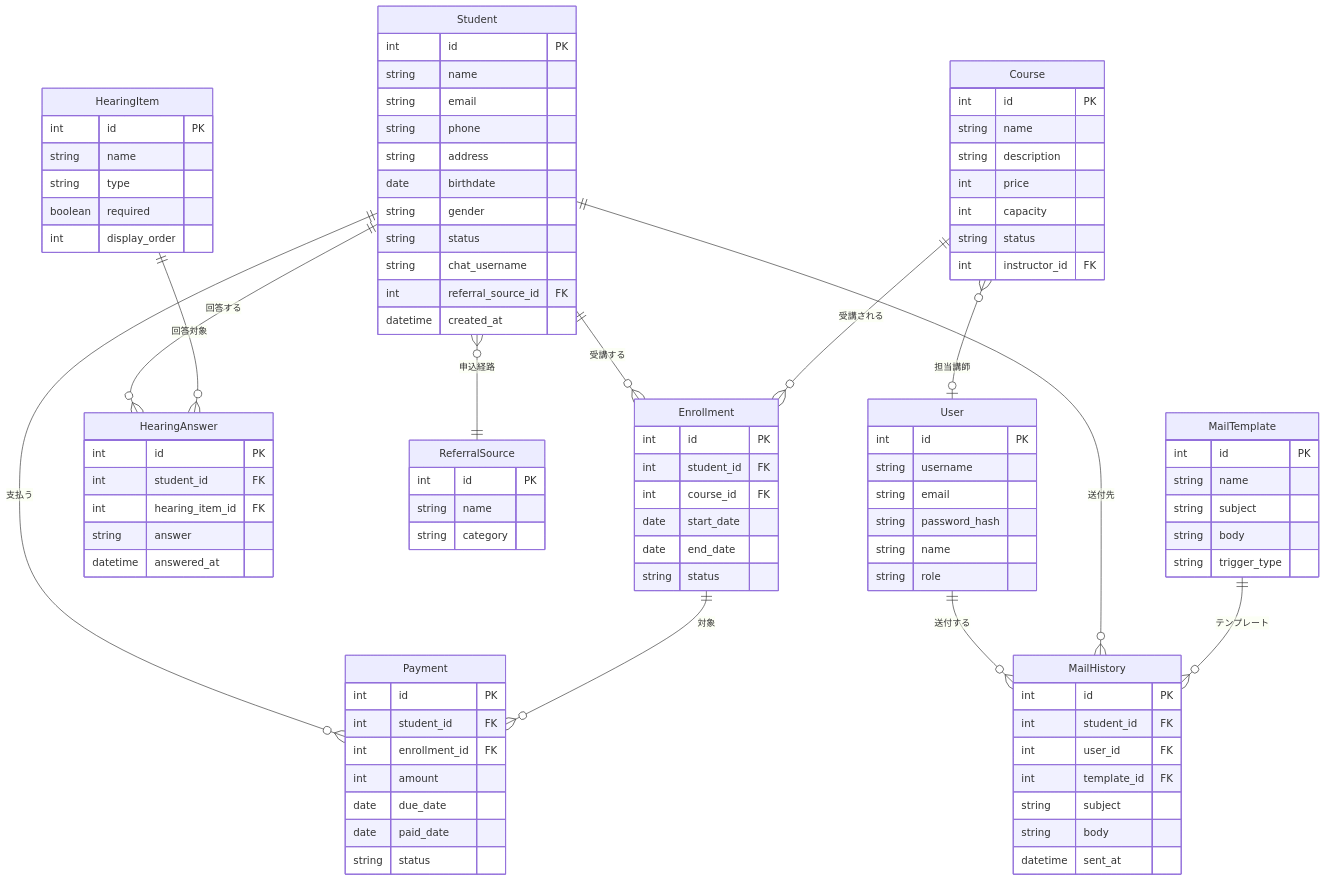
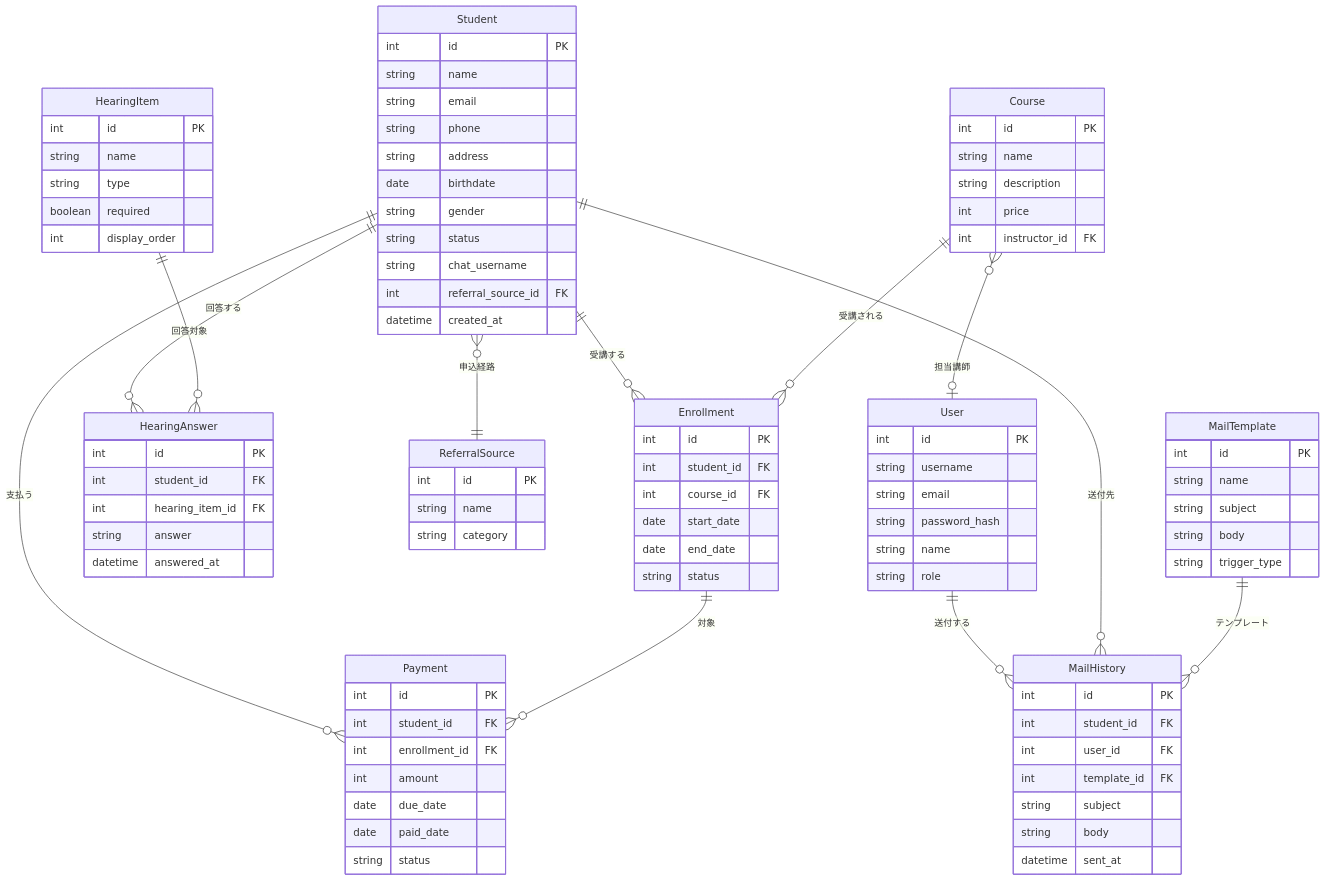
The diagram in docs/01_要件定義/概念データモデル.md (koujienami/studentManagementAI), drawn with Mermaid before and after one commit. The commit also changed other lines of this file and 37 other files, not shown here.

```diff
--- a/docs/01_要件定義/概念データモデル.md
+++ b/docs/01_要件定義/概念データモデル.md
@@ -56,8 +56,6 @@
         string name
         string description
         int price
-        int capacity
-        string status
         int instructor_id FK
     }
 
```
